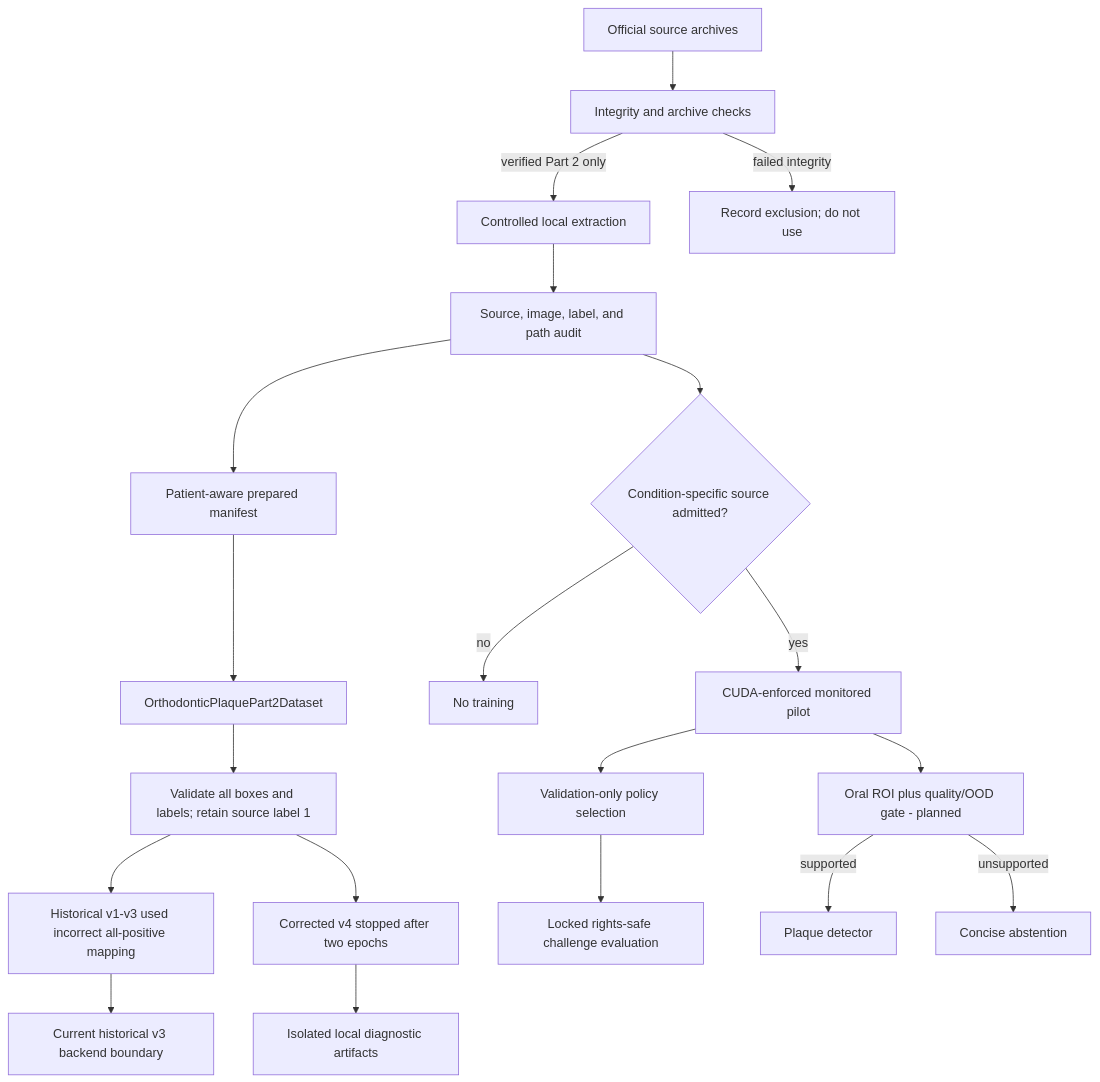
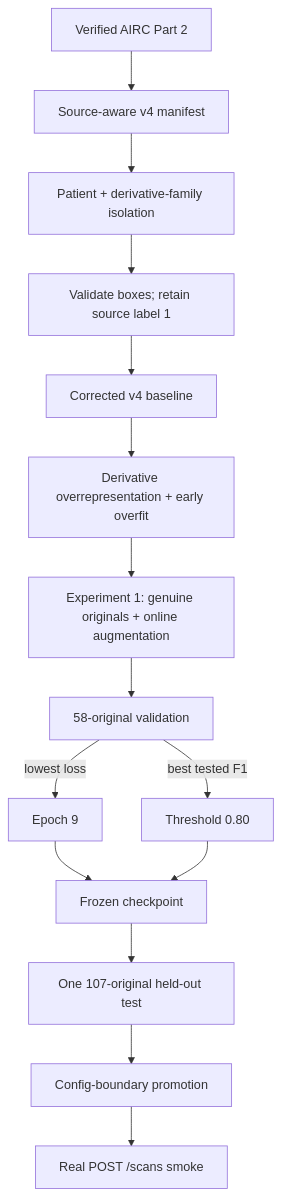
The second of 2 diagrams in docs/PIPELINE.md (Safkatul-Islam/OralLens), drawn with Mermaid before and after one commit. The commit also changed other lines of this file, not shown here.

````diff
--- a/docs/PIPELINE.md
+++ b/docs/PIPELINE.md
@@ -210,22 +131,17 @@
 ```mermaid
 flowchart TD
-    SOURCE[Official source archives] --> VERIFY[Integrity and archive checks]
-    VERIFY -->|verified Part 2 only| EXTRACT[Controlled local extraction]
-    VERIFY -->|failed integrity| EXCLUDE[Record exclusion; do not use]
-    EXTRACT --> AUDIT[Source, image, label, and path audit]
-    AUDIT --> MANIFEST[Patient-aware prepared manifest]
-    MANIFEST --> DATASET[OrthodonticPlaquePart2Dataset]
-    DATASET --> TARGET[Validate all boxes and labels; retain source label 1]
-    TARGET --> HIST[Historical v1-v3 used incorrect all-positive mapping]
-    TARGET --> V4STOP[Corrected v4 stopped after two epochs]
-    V4STOP --> EVIDENCE[Isolated local diagnostic artifacts]
-    AUDIT --> ADMIT{Condition-specific source admitted?}
-    ADMIT -->|no| BLOCK[No training]
-    ADMIT -->|yes| PILOT[CUDA-enforced monitored pilot]
-    PILOT --> VAL[Validation-only policy selection]
-    VAL --> LOCK[Locked rights-safe challenge evaluation]
-    PILOT --> GATE[Oral ROI plus quality/OOD gate - planned]
-    GATE -->|supported| DETECT[Plaque detector]
-    GATE -->|unsupported| ABSTAIN[Concise abstention]
-    HIST --> BACKEND[Current historical v3 backend boundary]
+    SRC[Verified AIRC Part 2] --> MANIFEST[Source-aware v4 manifest]
+    MANIFEST --> SPLIT[Patient + derivative-family isolation]
+    SPLIT --> TARGET[Validate boxes; retain source label 1]
+    TARGET --> BASE[Corrected v4 baseline]
+    BASE --> DIAG[Derivative overrepresentation + early overfit]
+    DIAG --> EXP[Experiment 1: genuine originals + online augmentation]
+    EXP --> VAL[58-original validation]
+    VAL -->|lowest loss| E9[Epoch 9]
+    VAL -->|best tested F1| T80[Threshold 0.80]
+    E9 --> LOCK[Frozen checkpoint]
+    T80 --> LOCK
+    LOCK --> TEST[One 107-original held-out test]
+    TEST --> PROMOTE[Config-boundary promotion]
+    PROMOTE --> SMOKE[Real POST /scans smoke]
 ```
````
